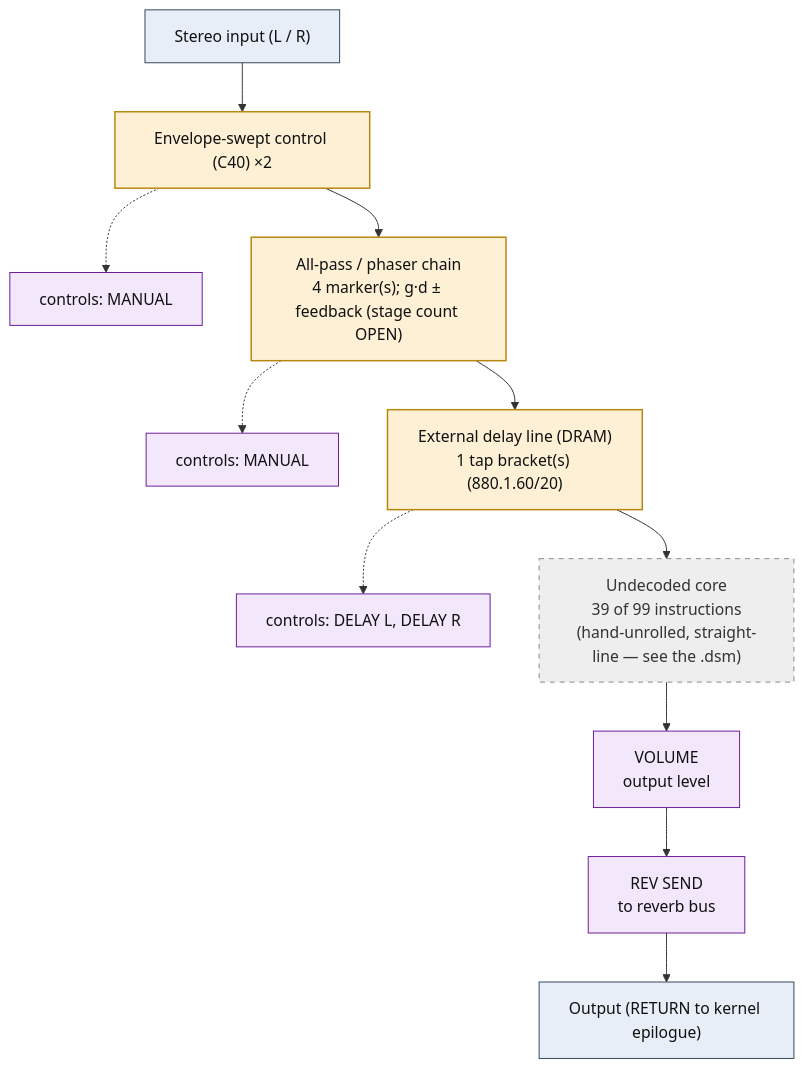
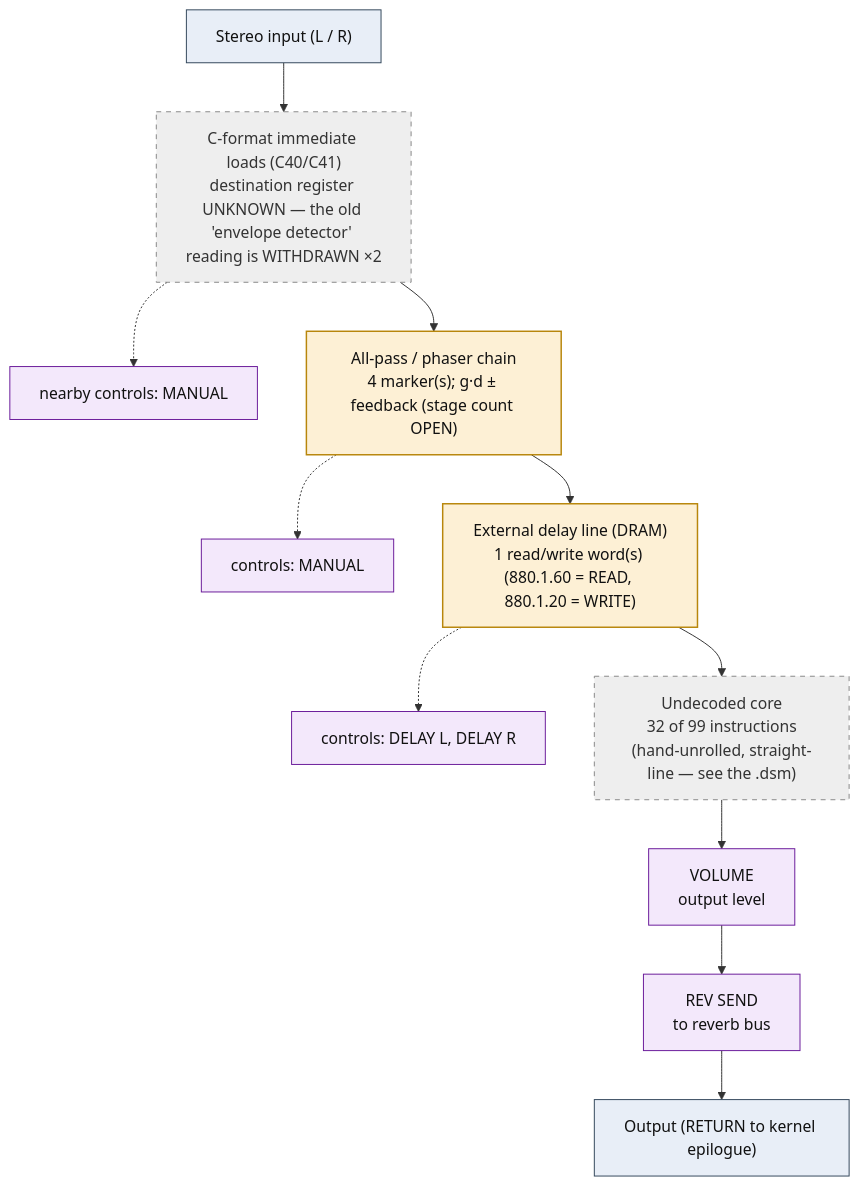
The diagram in flowcharts/prog03_enhancer.md (ArqueologiaDigital/KN5000-docs), drawn with Mermaid before and after one commit. The commit also changed other lines of this file and 38 other files, not shown here.

First line of the commit message:
flowcharts: withdraw the envelope-detector reading, decode the DRAM accesses

````diff
--- a/flowcharts/prog03_enhancer.md
+++ b/flowcharts/prog03_enhancer.md
@@ -19,35 +19,35 @@
 ```mermaid
 flowchart TD
     N0["Stereo input (L / R)"]
-    N1["Envelope-swept control (C40) &times;2"]
+    N1["C-format immediate loads (C40/C41)<br/>destination register UNKNOWN &mdash; the old 'envelope detector' reading is WITHDRAWN &times;2"]
     N0 --> N1
-    N2["controls: MANUAL"]
+    N2["nearby controls: MANUAL"]
     N1 -.-> N2
     N3["All-pass / phaser chain<br/>4 marker(s); g&middot;d &plusmn; feedback (stage count OPEN)"]
     N1 --> N3
     N4["controls: MANUAL"]
     N3 -.-> N4
-    N5["External delay line (DRAM)<br/>1 tap bracket(s) (880.1.60/20)"]
+    N5["External delay line (DRAM)<br/>1 read/write word(s) (880.1.60 = READ, 880.1.20 = WRITE)"]
     N3 --> N5
     N6["controls: DELAY L, DELAY R"]
     N5 -.-> N6
-    N7["Undecoded core<br/>39 of 99 instructions<br/>(hand-unrolled, straight-line &mdash; see the .dsm)"]
+    N7["Undecoded core<br/>32 of 99 instructions<br/>(hand-unrolled, straight-line &mdash; see the .dsm)"]
     N5 --> N7
     N8["VOLUME<br/>output level"]
     N7 --> N8
     N9["REV SEND<br/>to reverb bus"]
     N8 --> N9
     N10["Output (RETURN to kernel epilogue)"]
     N9 --> N10
 
     classDef io fill:#e8eef7,stroke:#33475b,stroke-width:1px,color:#111;
     classDef proven fill:#d7f0d7,stroke:#2e7d32,stroke-width:2px,color:#111;
     classDef measured fill:#dbe9fb,stroke:#1565c0,stroke-width:1.5px,color:#111;
     classDef inferred fill:#fdf0d5,stroke:#b8860b,stroke-width:1.5px,color:#111;
     classDef open fill:#eeeeee,stroke:#888,stroke-width:1px,color:#333,stroke-dasharray:5 5;
     classDef ctrl fill:#f3e8fb,stroke:#6a1b9a,stroke-width:1px,color:#111;
     class N0,N10 io;
-    class N1,N3,N5 inferred;
+    class N1,N7 open;
     class N2,N4,N6,N8,N9 ctrl;
-    class N7 open;
+    class N3,N5 inferred;
 ```
````
